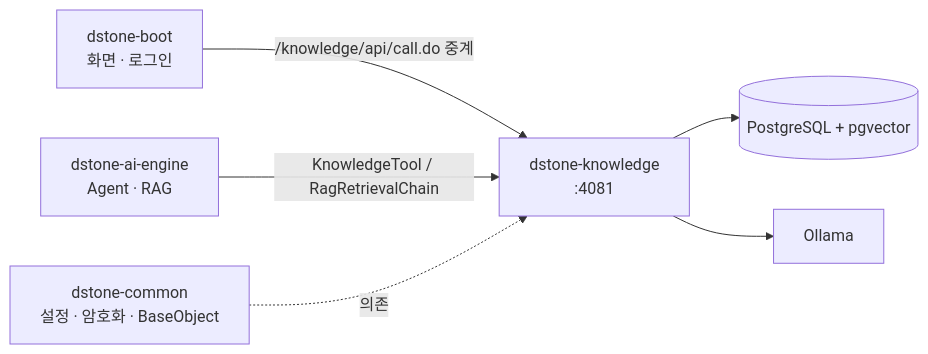
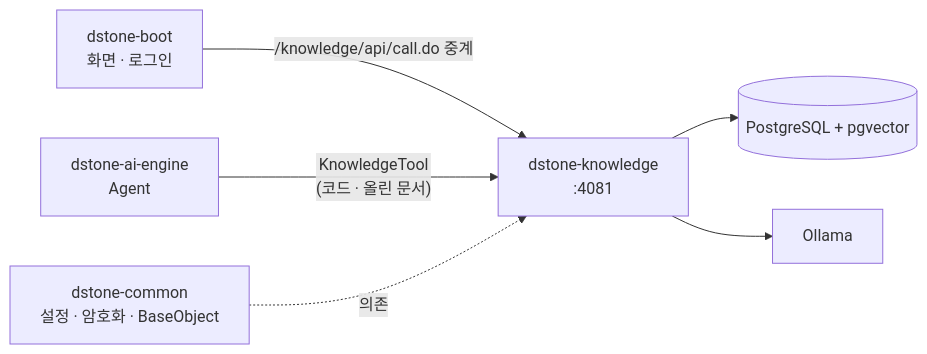
One commit to YongSoekChoeng/dstone changed diagram 16 of 16 in docs/11.dstone-knowledge.md. Above: the diagram before and after it, drawn with Mermaid. The commit also changed other lines of this file and 72 other files, not shown here.

First line of the commit message:
올린 문서 RAG 개편: 자동 RAG 제거, 문서 Tool 3종, 묶음, 구조 인식 청킹

````diff
--- a/docs/11.dstone-knowledge.md
+++ b/docs/11.dstone-knowledge.md
@@ -950,8 +950,8 @@
 ```mermaid
 flowchart LR
     BOOT["dstone-boot<br/>화면 · 로그인"] -->|"/knowledge/api/call.do 중계"| K["dstone-knowledge<br/>:4081"]
-    AI["dstone-ai-engine<br/>Agent · RAG"] -->|"KnowledgeTool / RagRetrievalChain"| K
+    AI["dstone-ai-engine<br/>Agent"] -->|"KnowledgeTool<br/>(코드 · 올린 문서)"| K
     K --> PG[("PostgreSQL + pgvector")]
     K --> OL["Ollama"]
     COMMON["dstone-common<br/>설정 · 암호화 · BaseObject"] -.->|의존| K
 ```
````
